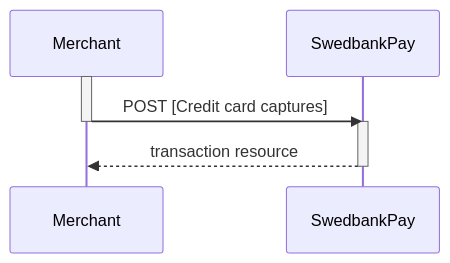
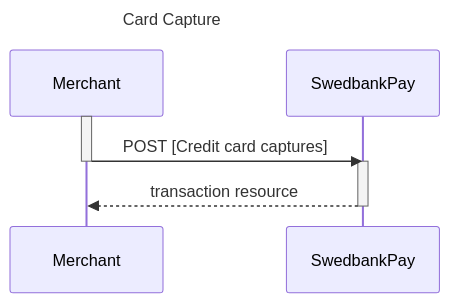
One commit to SwedbankPay/developer.swedbankpay.com changed the diagram in _includes/card-payments-capture.md. Above: the diagram before and after it, drawn with Mermaid. The commit also changed 66 other files, not shown here.

Commit message:
Added titles in sequence diagrams

````diff
--- a/_includes/card-payments-capture.md
+++ b/_includes/card-payments-capture.md
@@ -324,7 +324,8 @@
 ```mermaid
 sequenceDiagram
+title: Card Capture
   activate Merchant
   Merchant->>-SwedbankPay: POST [Credit card captures]
   activate SwedbankPay
   SwedbankPay-->>-Merchant: transaction resource
 ```
````
